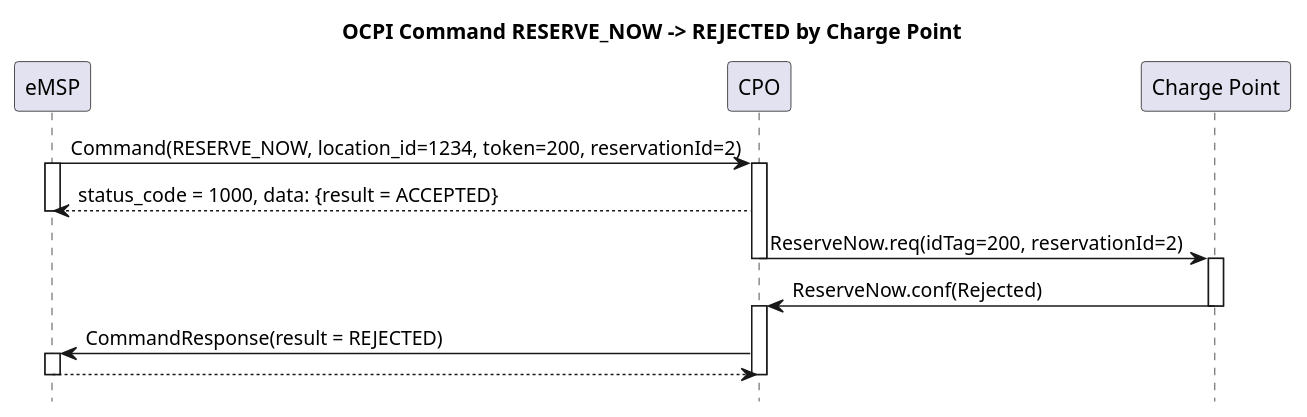
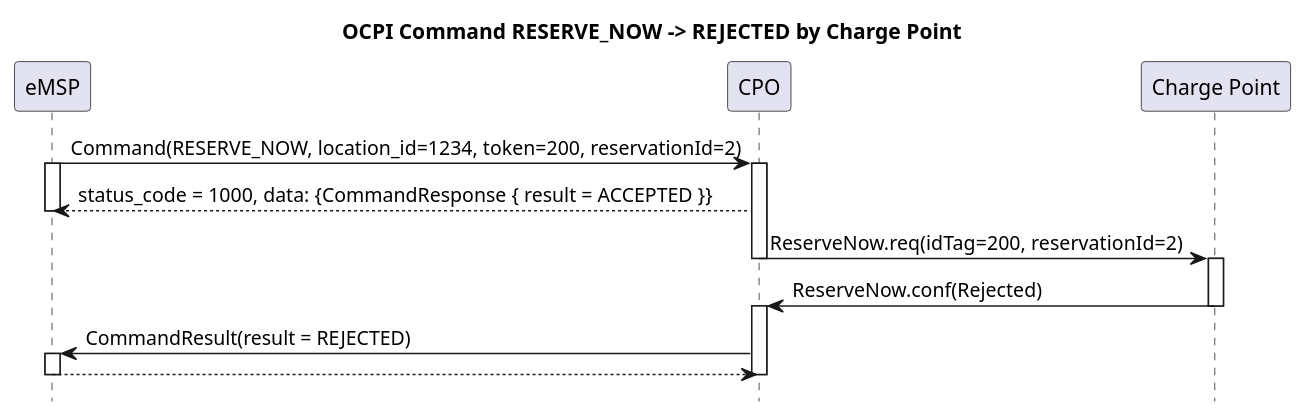
One commit to ocpi/ocpi changed the diagram in plantuml/command_reservenow_rejected.plantuml. Above: the diagram before and after it, drawn with PlantUML. The commit also changed 11 other files, not shown here.

Commit message:
Improved command module, added CommandResponse, added messages to both CommandResponse and CommandResult

```diff
--- a/plantuml/command_reservenow_rejected.plantuml
+++ b/plantuml/command_reservenow_rejected.plantuml
@@ -1,27 +1,27 @@
 @startuml
 title OCPI Command RESERVE_NOW -> REJECTED by Charge Point
 hide footbox
 
 participant eMSP
 participant CPO
 participant "Charge Point" as CP
 
 eMSP ->  CPO:  Command(RESERVE_NOW, location_id=1234, token=200, reservationId=2)
 activate eMSP
 activate CPO
-CPO  --> eMSP: status_code = 1000, data: {result = ACCEPTED}
+CPO  --> eMSP: status_code = 1000, data: {CommandResponse { result = ACCEPTED }}
 deactivate eMSP
 
 CPO  ->  CP:   ReserveNow.req(idTag=200, reservationId=2)
 deactivate CPO
 activate CP
 CP   ->  CPO:  ReserveNow.conf(Rejected)
 deactivate CP
 activate CPO
-CPO  ->  eMSP: CommandResponse(result = REJECTED)
+CPO  ->  eMSP: CommandResult(result = REJECTED)
 activate eMSP
 eMSP --> CPO: 
 deactivate CPO
 deactivate eMSP
 
 @enduml
```
